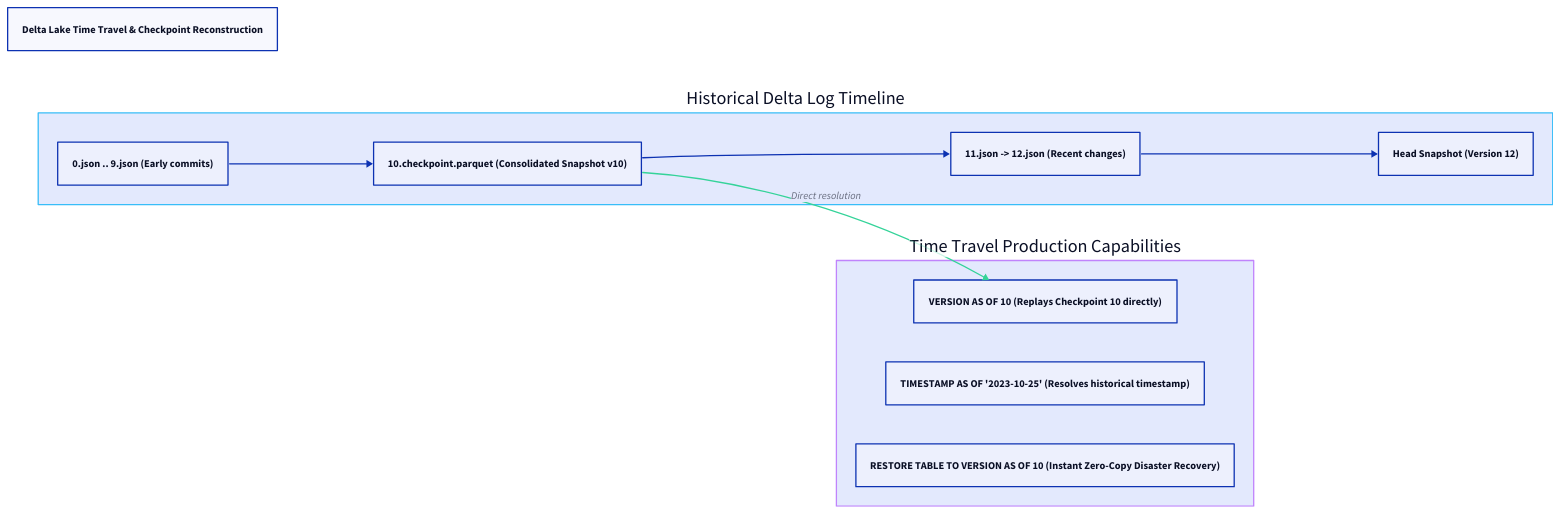
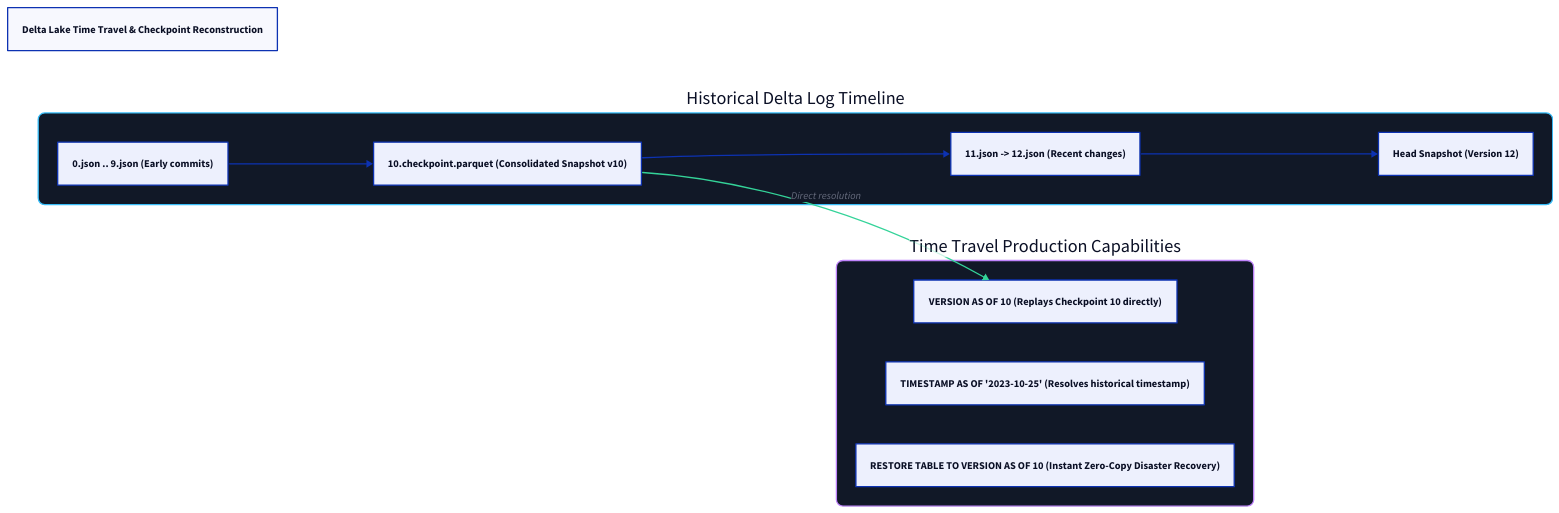
Before and after one commit to joydeep-biswas/Interview-Preparation-Materials: the diagram in Data and AI Engineering/assets/06_databricks_and_delta_lake/12_delta_time_travel_commit_history.d2, drawn with D2. The commit also changed 1911 other files, not shown here.

```diff
--- a/Data and AI Engineering/assets/06_databricks_and_delta_lake/12_delta_time_travel_commit_history.d2
+++ b/Data and AI Engineering/assets/06_databricks_and_delta_lake/12_delta_time_travel_commit_history.d2
@@ -1,21 +1,33 @@
 direction: right
-title: Delta Lake Time Travel & Checkpoint Reconstruction
+title: "Delta Lake Time Travel & Checkpoint Reconstruction"
+classes: {
+  container: { style: { fill: "#111827"; stroke-width: 2; border-radius: 10 } }
+  box: { style: { fill: "#1E293B"; stroke-width: 2; border-radius: 8 } }
+  table_box: { style: { fill: "#1E293B"; stroke: "#38bdf8"; stroke-width: 2 } }
+  blue_box: { style: { fill: "#1e293b"; stroke: "#38bdf8"; stroke-width: 2; border-radius: 8 } }
+  green_box: { style: { fill: "#0f291e"; stroke: "#4ade80"; stroke-width: 2; border-radius: 8 } }
+  amber_box: { style: { fill: "#231e12"; stroke: "#fbbf24"; stroke-width: 2; border-radius: 8 } }
+  purple_box: { style: { fill: "#1e1b2e"; stroke: "#c084fc"; stroke-width: 2; border-radius: 8 } }
+  red_box: { style: { fill: "#2b1111"; stroke: "#f87171"; stroke-width: 2; border-radius: 8 } }
+}
 
-Timeline: Historical Delta Log Timeline {
+Timeline: "Historical Delta Log Timeline" {
+  class: container
   style.stroke: "#38BDF8"
-  Commits09: 0.json .. 9.json (Early commits)
-  Check10: 10.checkpoint.parquet (Consolidated Snapshot v10)
-  Commits1112: 11.json -> 12.json (Recent changes)
-  Head12: Head Snapshot (Version 12)
+  Commits09: "0.json .. 9.json (Early commits)"
+  Check10: "10.checkpoint.parquet (Consolidated Snapshot v10)"
+  Commits1112: "11.json -> 12.json (Recent changes)"
+  Head12: "Head Snapshot (Version 12)"
 
   Commits09 -> Check10 -> Commits1112 -> Head12
 }
 
-TimeTravel: Time Travel Production Capabilities {
+TimeTravel: "Time Travel Production Capabilities" {
+  class: container
   style.stroke: "#C084FC"
-  QueryVer: VERSION AS OF 10 (Replays Checkpoint 10 directly)
-  QueryTime: TIMESTAMP AS OF '2023-10-25' (Resolves historical timestamp)
-  Restore: RESTORE TABLE TO VERSION AS OF 10 (Instant Zero-Copy Disaster Recovery)
+  QueryVer: "VERSION AS OF 10 (Replays Checkpoint 10 directly)"
+  QueryTime: "TIMESTAMP AS OF '2023-10-25' (Resolves historical timestamp)"
+  Restore: "RESTORE TABLE TO VERSION AS OF 10 (Instant Zero-Copy Disaster Recovery)"
 }
 
-Timeline.Check10 -> TimeTravel.QueryVer: Direct resolution { style.stroke: "#34D399" }
+Timeline.Check10 -> TimeTravel.QueryVer: "Direct resolution" { style.stroke: "#34D399" }
```
